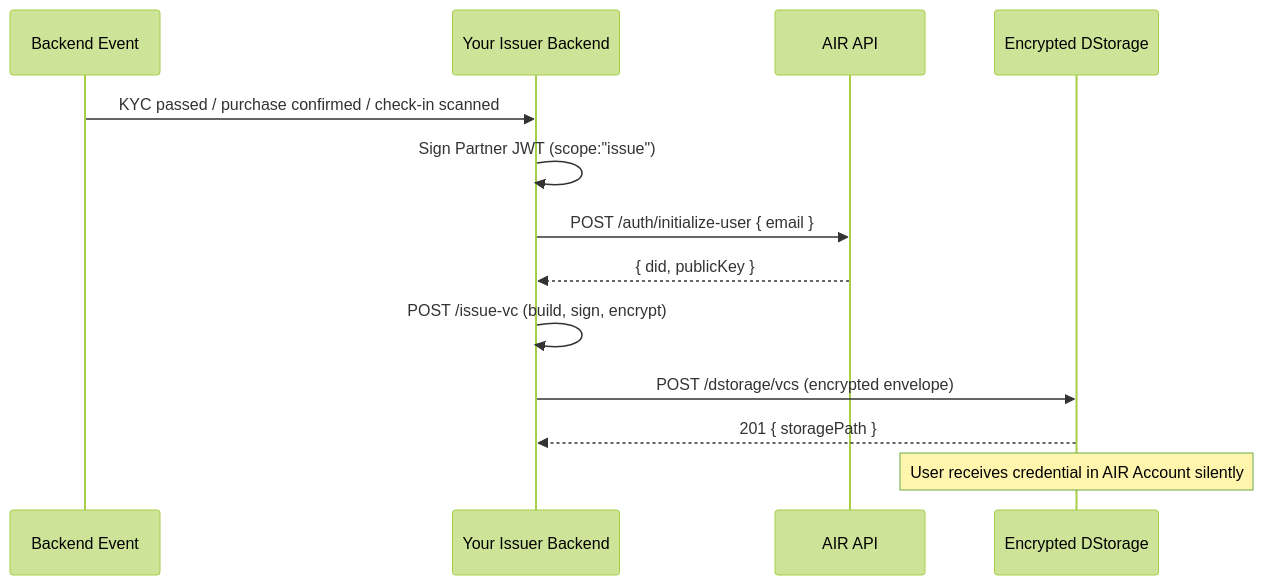
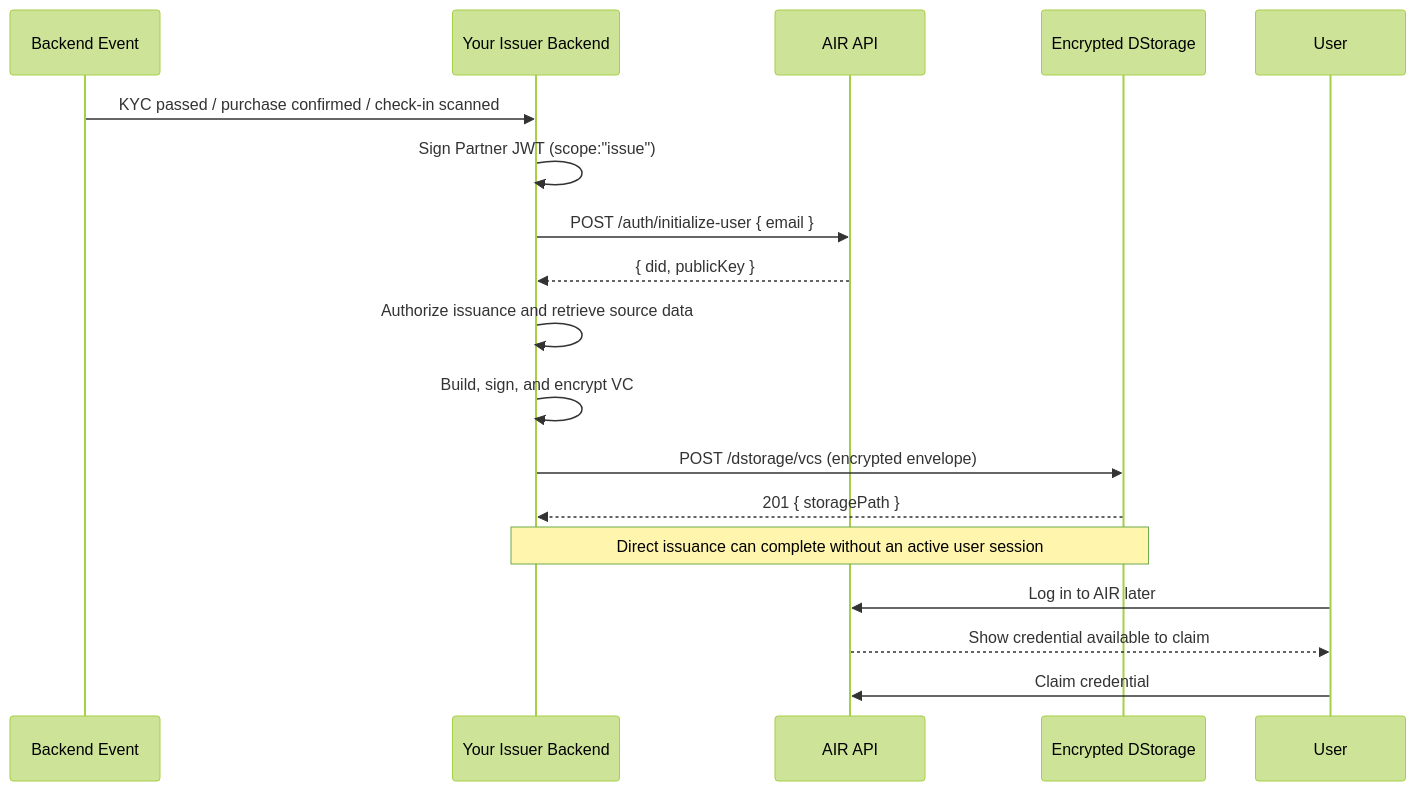
The sixth of 7 diagrams in airkit/guides/overview.mdx (MocaNetwork/docs), drawn with Mermaid (forest theme) before and after one commit. The commit also changed other lines of this file, not shown here.

Commit message:
Feat: Upgrade Airkit overview flow to meet latest updates

````diff
--- a/airkit/guides/overview.mdx
+++ b/airkit/guides/overview.mdx
@@ -104,16 +198,21 @@
 ```mermaid
 sequenceDiagram
     participant Event as Backend Event
     participant Server as Your Issuer Backend
     participant API as AIR API
     participant DS as Encrypted DStorage
+    participant U as User
 
     Event->>Server: KYC passed / purchase confirmed / check-in scanned
     Server->>Server: Sign Partner JWT (scope:"issue")
     Server->>API: POST /auth/initialize-user { email }
     API-->>Server: { did, publicKey }
-    Server->>Server: POST /issue-vc (build, sign, encrypt)
+    Server->>Server: Authorize issuance and retrieve source data
+    Server->>Server: Build, sign, and encrypt VC
     Server->>DS: POST /dstorage/vcs (encrypted envelope)
     DS-->>Server: 201 { storagePath }
-    Note over DS: User receives credential in AIR Account silently
+    Note over Server,DS: Direct issuance can complete without an active user session
+    U->>API: Log in to AIR later
+    API-->>U: Show credential available to claim
+    U->>API: Claim credential
 ```
````
